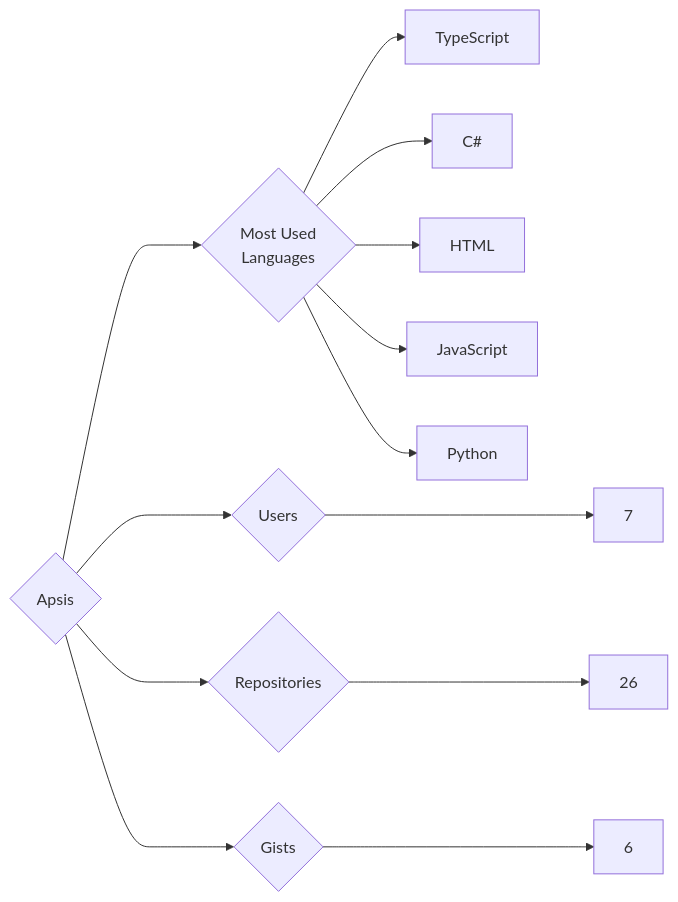
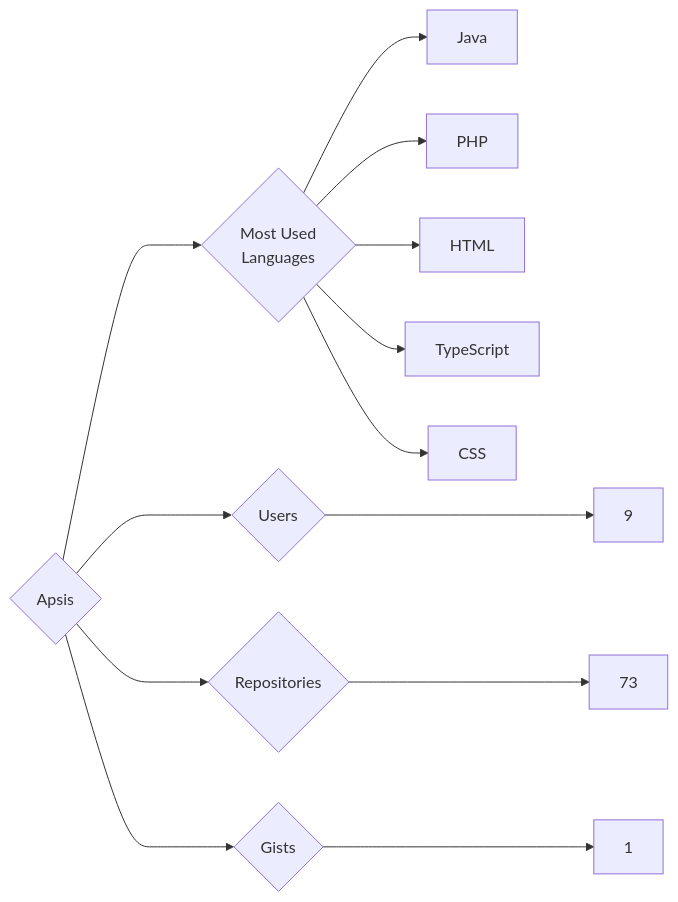
One commit to trickest/insiders changed the diagram in targets/Apsis/README.md. Above: the diagram before and after it, drawn with Mermaid. The commit also changed 847 other files, not shown here.

````diff
--- a/targets/Apsis/README.md
+++ b/targets/Apsis/README.md
@@ -3,13 +3,13 @@
 ```mermaid
 graph LR
 COMPANY_NAME{Apsis}
-COMPANY_NAME ---> U{Users} ---> UN[7]
-COMPANY_NAME ---> R{Repositories} ---> RN[26]
-COMPANY_NAME ---> G{Gists} ---> GN[6]
+COMPANY_NAME ---> U{Users} ---> UN[9]
+COMPANY_NAME ---> R{Repositories} ---> RN[73]
+COMPANY_NAME ---> G{Gists} ---> GN[1]
 COMPANY_NAME ---> ML{Most Used<br>Languages}
+ML --> Java[Java]
+ML --> PHP[PHP]
+ML --> HTML[HTML]
 ML --> TypeScript[TypeScript]
-ML --> C#[C#]
-ML --> HTML[HTML]
-ML --> JavaScript[JavaScript]
-ML --> Python[Python]
+ML --> CSS[CSS]
 ```
````
